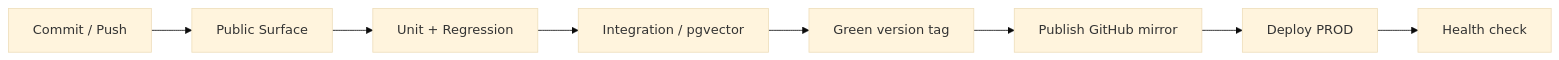
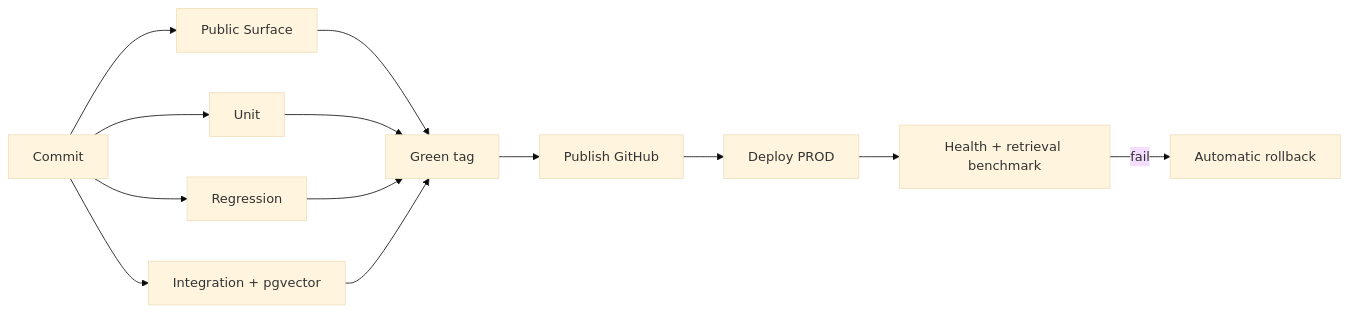
One commit to apinheiro99/rag-mcp changed the second of 2 diagrams in README.md. Above: the diagram before and after it, drawn with Mermaid (base theme). The commit also changed other lines of this file and 7 other files, not shown here.

````diff
--- a/README.md
+++ b/README.md
@@ -191,10 +216,15 @@
 ```mermaid
 flowchart LR
-    C[Commit / Push] --> V[Public Surface]
-    V --> T[Unit + Regression]
-    T --> I[Integration / pgvector]
-    I --> G[Green version tag]
-    G --> H[Publish GitHub mirror]
-    H --> P[Deploy PROD]
-    P --> HC[Health check]
+    C[Commit] --> P[Public Surface]
+    C --> U[Unit]
+    C --> R[Regression]
+    C --> I[Integration + pgvector]
+    P --> T[Green tag]
+    U --> T
+    R --> T
+    I --> T
+    T --> G[Publish GitHub]
+    G --> D[Deploy PROD]
+    D --> H[Health + retrieval benchmark]
+    H -->|fail| B[Automatic rollback]
 ```
````
